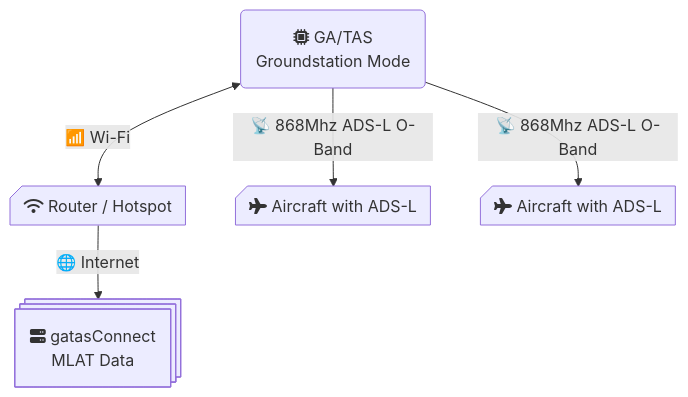
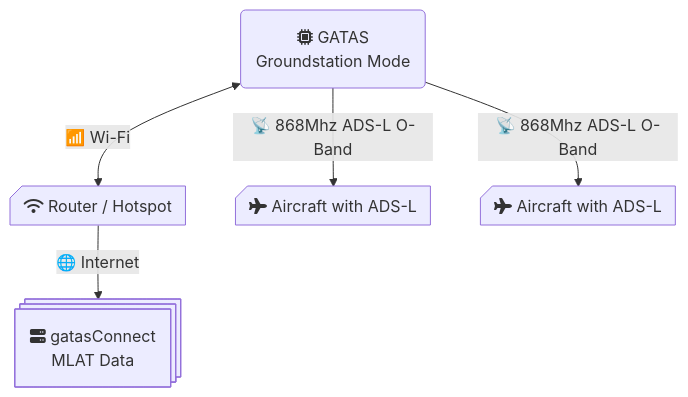
Before and after one commit to gatasConspicuity/gatasDoc: the fourth of 5 diagrams in docs/First-Time-Setup.md, drawn with Mermaid. The commit also changed other lines of this file and 98 other files, not shown here.

````diff
--- a/docs/First-Time-Setup.md
+++ b/docs/First-Time-Setup.md
@@ -121,22 +121,22 @@
 ```mermaid
 flowchart TB
     ROUTER -->|🌐 Internet| GatasConnect
     GATAS <-->|📶 Wi-Fi| ROUTER
 
     GATAS -->|📡 868Mhz ADS-L O-Band| Aircraft1
     GATAS -->|📡 868Mhz ADS-L O-Band| Aircraft2
 
     GatasConnect[fa:fa-server gatasConnect<br />MLAT Data]
     GatasConnect@{ shape: procs }
 
     ROUTER[fa:fa-wifi Router / Hotspot]
     ROUTER@{ shape: card }
 
-    GATAS[fa:fa-microchip GA/TAS<br />Groundstation Mode]
+    GATAS[fa:fa-microchip GATAS<br />Groundstation Mode]
     GATAS@{ shape: rounded}
 
     Aircraft1[fa:fa-plane Aircraft with ADS-L]
     Aircraft1@{ shape: card }
     Aircraft2[fa:fa-plane Aircraft with ADS-L]
     Aircraft2@{ shape: card }
 ```
````
